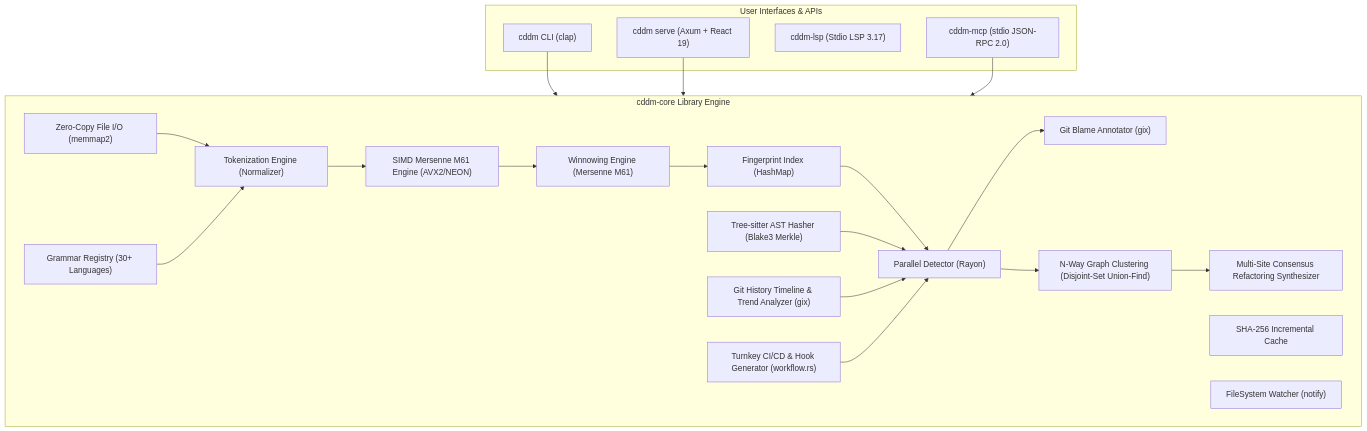
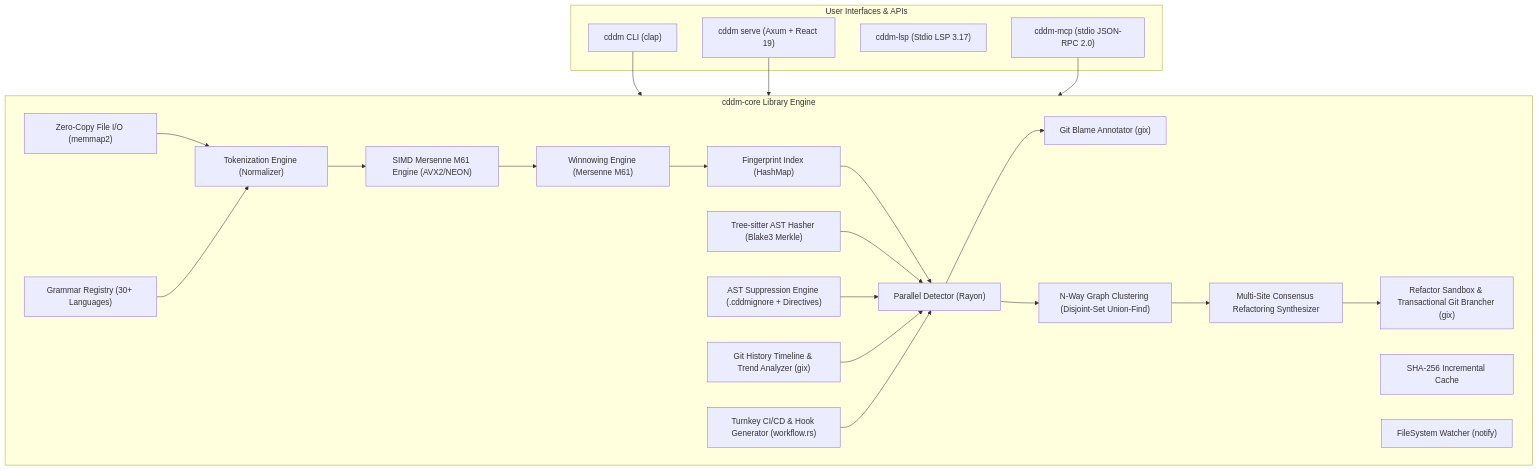
The first of 2 diagrams in docs/ARCHITECTURE.md (GrigorTonikyan/cddm), drawn with Mermaid before and after one commit. The commit also changed 30 other files, not shown here.

Commit message:
feat(suppression): add intelligent AST suppression engine and interactive refactor sandbox studio

````diff
--- a/docs/ARCHITECTURE.md
+++ b/docs/ARCHITECTURE.md
@@ -7,44 +7,48 @@
 ```mermaid
 graph TD
     subgraph UI ["User Interfaces & APIs"]
         CLI["cddm CLI (clap)"]
         Serve["cddm serve (Axum + React 19)"]
         LSP["cddm-lsp (Stdio LSP 3.17)"]
         MCP["cddm-mcp (stdio JSON-RPC 2.0)"]
     end
 
     subgraph Core ["cddm-core Library Engine"]
         IO["Zero-Copy File I/O (memmap2)"]
         Grammar["Grammar Registry (30+ Languages)"]
         Tokenizer["Tokenization Engine (Normalizer)"]
         SIMD["SIMD Mersenne M61 Engine (AVX2/NEON)"]
         Winnow["Winnowing Engine (Mersenne M61)"]
         AST["Tree-sitter AST Hasher (Blake3 Merkle)"]
         Index["Fingerprint Index (HashMap)"]
         Detector["Parallel Detector (Rayon)"]
+        Suppression["AST Suppression Engine (.cddmignore + Directives)"]
         Blame["Git Blame Annotator (gix)"]
         Cluster["N-Way Graph Clustering (Disjoint-Set Union-Find)"]
         Refactor["Multi-Site Consensus Refactoring Synthesizer"]
+        Sandbox["Refactor Sandbox & Transactional Git Brancher (gix)"]
         Timeline["Git History Timeline & Trend Analyzer (gix)"]
         Workflow["Turnkey CI/CD & Hook Generator (workflow.rs)"]
         Cache["SHA-256 Incremental Cache"]
         Watcher["FileSystem Watcher (notify)"]
     end
 
     CLI --> Core
     Serve --> Core
     MCP --> Core
 
     IO --> Tokenizer
     Grammar --> Tokenizer
     Tokenizer --> SIMD
     SIMD --> Winnow
     Winnow --> Index
     Index --> Detector
     AST --> Detector
+    Suppression --> Detector
     Detector --> Blame
     Detector --> Cluster
     Cluster --> Refactor
+    Refactor --> Sandbox
     Timeline --> Detector
     Workflow --> Detector
 ```
````
